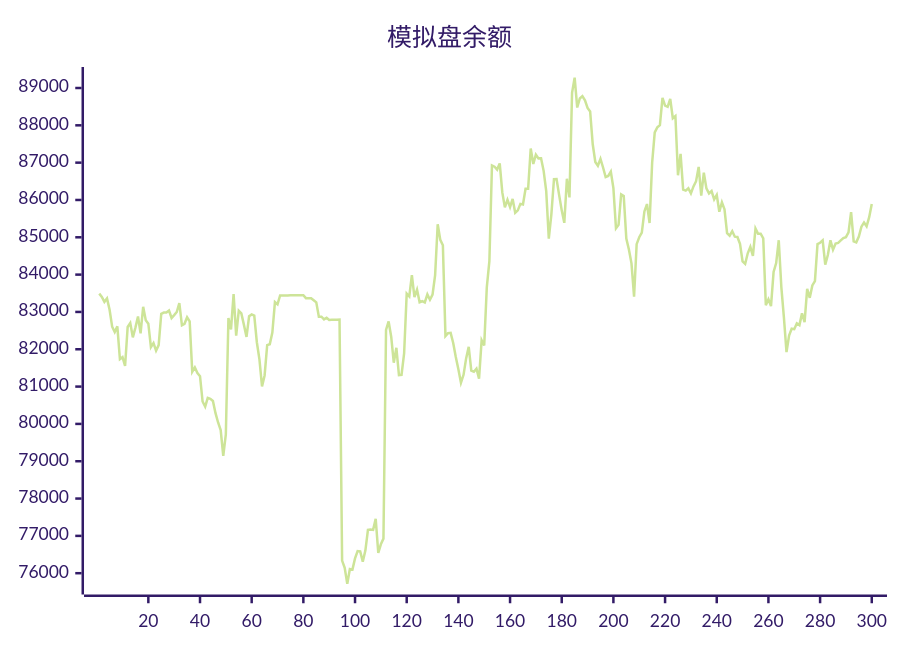
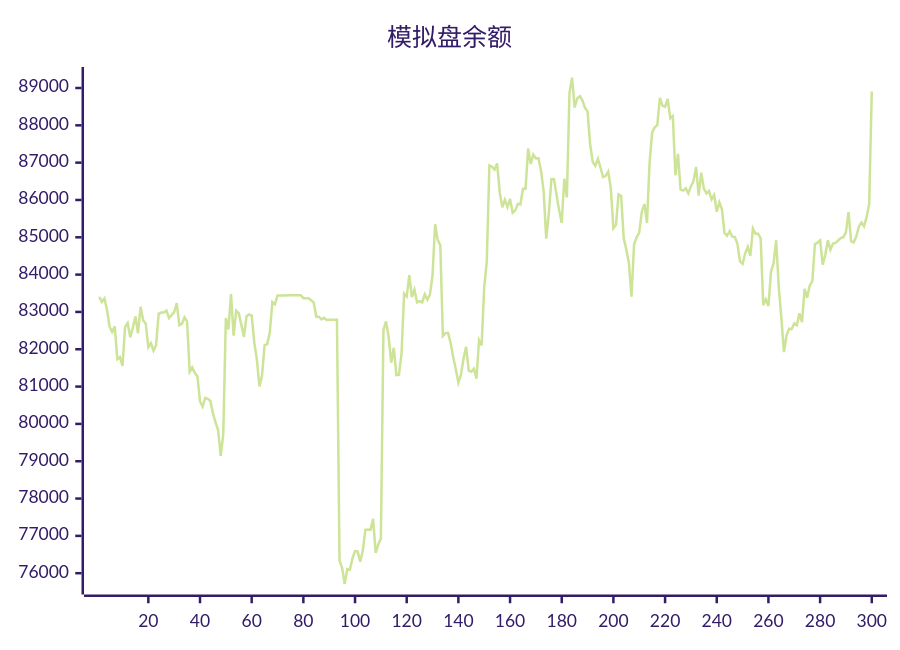
One commit to aahl/ai-trading changed the diagram in README.md. Above: the diagram before and after it, drawn with Mermaid (forest theme). The commit also changed other lines of this file and 1 other file, not shown here.

````diff
--- a/README.md
+++ b/README.md
@@ -5,5 +5,5 @@
 ```mermaid
 xychart
     title "模拟盘余额"
-    line [83490,83404,83270,83362,83056,82605,82459,82614,81734,81788,81551,82598,82702,82320,82580,82878,82426,83139,82778,82686,82056,82166,81963,82110,82951,82983,82984,83038,82838,82915,82998,83235,82642,82682,82858,82746,81396,81512,81362,81277,80600,80461,80699,80673,80616,80288,80038,79836,79142,79722,82837,82533,83480,82366,83032,82960,82654,82330,82883,82934,82901,82188,81728,81005,81298,82110,82135,82449,83264,83203,83440,83439,83440,83440,83446,83447,83448,83447,83448,83449,83369,83369,83369,83313,83256,82872,82873,82801,82844,82785,82791,82791,82793,82794,76339,76145,75714,76110,76096,76397,76594,76585,76310,76607,77160,77170,77160,77456,76541,76774,76927,82520,82744,82337,81639,82040,81307,81314,81887,83490,83414,83984,83396,83594,83261,83287,83253,83470,83327,83465,83987,85348,84930,84786,82355,82433,82438,82167,81795,81466,81105,81315,81756,82064,81426,81398,81481,81210,82242,82099,83658,84359,86925,86892,86814,86980,86203,85802,86003,85811,86028,85657,85721,85896,85880,86300,86299,87378,86965,87214,87115,87118,86780,86238,84966,85623,86555,86562,86129,85722,85387,86569,86070,88870,89278,88477,88720,88781,88668,88467,88372,87493,87018,86917,87102,86870,86613,86644,86758,86317,85242,85334,86149,86106,84968,84671,84302,83410,84816,85001,85127,85693,85891,85384,87001,87811,87945,88007,88734,88528,88495,88705,88189,88248,86662,87234,86279,86251,86314,86177,86364,86503,86886,86114,86731,86310,86176,86240,86017,86136,85685,85938,85749,85111,85044,85164,85016,85008,84824,84354,84287,84572,84745,84500,85234,85096,85095,84970,83180,83338,83157,84070,84309,84922,83667,82850,81924,82369,82552,82539,82695,82648,82962,82728,83619,83378,83710,83825,84819,84854,84917,84265,84527,84919,84668,84834,84850,84916,84981,85004,85131,85674,84891,84864,85019,85284,85393,85294,85538,85894]
+    line [83404,83270,83362,83056,82605,82459,82614,81734,81788,81551,82598,82702,82320,82580,82878,82426,83139,82778,82686,82056,82166,81963,82110,82951,82983,82984,83038,82838,82915,82998,83235,82642,82682,82858,82746,81396,81512,81362,81277,80600,80461,80699,80673,80616,80288,80038,79836,79142,79722,82837,82533,83480,82366,83032,82960,82654,82330,82883,82934,82901,82188,81728,81005,81298,82110,82135,82449,83264,83203,83440,83439,83440,83440,83446,83447,83448,83447,83448,83449,83369,83369,83369,83313,83256,82872,82873,82801,82844,82785,82791,82791,82793,82794,76339,76145,75714,76110,76096,76397,76594,76585,76310,76607,77160,77170,77160,77456,76541,76774,76927,82520,82744,82337,81639,82040,81307,81314,81887,83490,83414,83984,83396,83594,83261,83287,83253,83470,83327,83465,83987,85348,84930,84786,82355,82433,82438,82167,81795,81466,81105,81315,81756,82064,81426,81398,81481,81210,82242,82099,83658,84359,86925,86892,86814,86980,86203,85802,86003,85811,86028,85657,85721,85896,85880,86300,86299,87378,86965,87214,87115,87118,86780,86238,84966,85623,86555,86562,86129,85722,85387,86569,86070,88870,89278,88477,88720,88781,88668,88467,88372,87493,87018,86917,87102,86870,86613,86644,86758,86317,85242,85334,86149,86106,84968,84671,84302,83410,84816,85001,85127,85693,85891,85384,87001,87811,87945,88007,88734,88528,88495,88705,88189,88248,86662,87234,86279,86251,86314,86177,86364,86503,86886,86114,86731,86310,86176,86240,86017,86136,85685,85938,85749,85111,85044,85164,85016,85008,84824,84354,84287,84572,84745,84500,85234,85096,85095,84970,83180,83338,83157,84070,84309,84922,83667,82850,81924,82369,82552,82539,82695,82648,82962,82728,83619,83378,83710,83825,84819,84854,84917,84265,84527,84919,84668,84834,84850,84916,84981,85004,85131,85674,84891,84864,85019,85284,85393,85294,85538,85894,88904]
 ```
````
